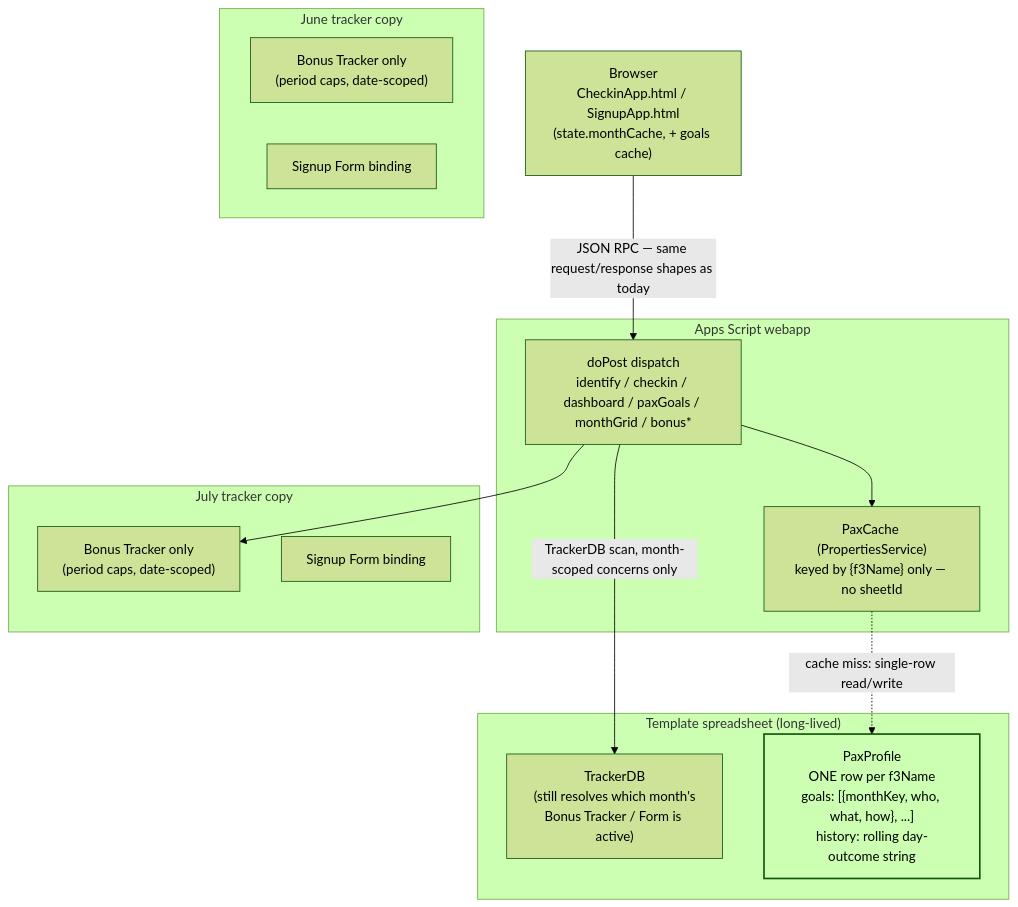
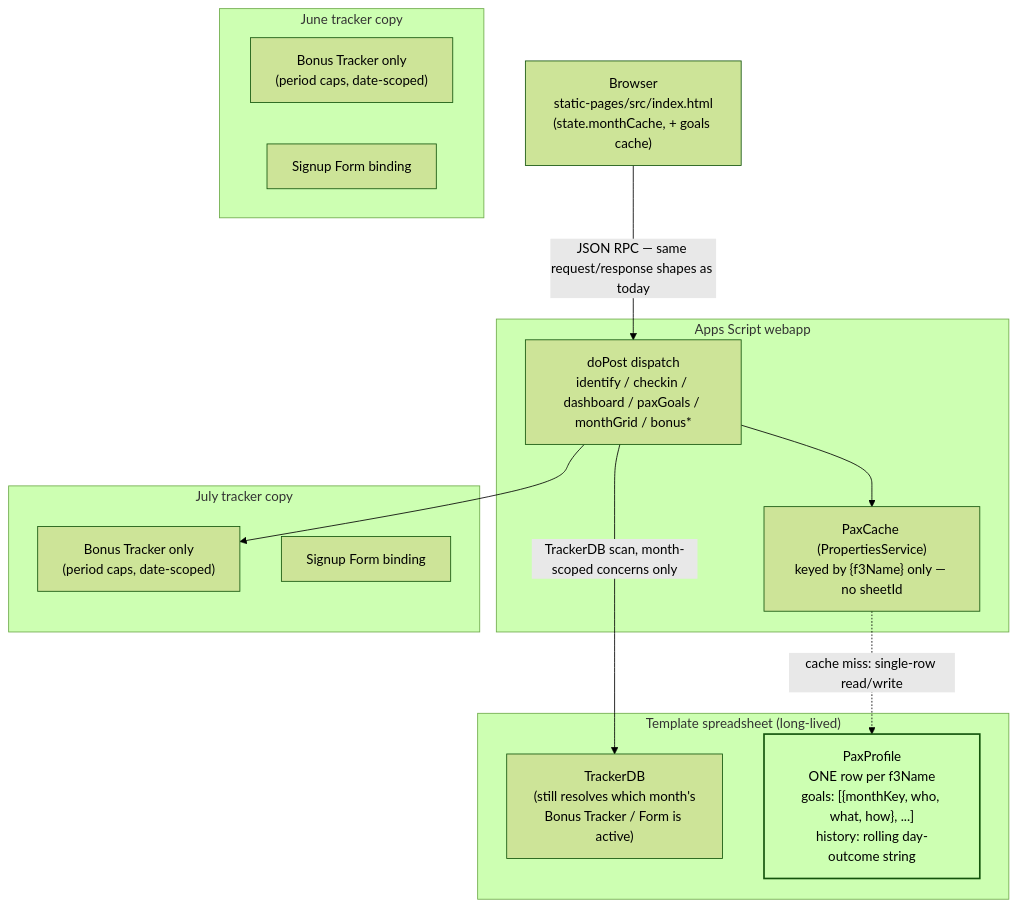
One commit to stuartdonaldson/F3Go30 changed the second of 2 diagrams in docs/pax-data-model-and-contract.md. Above: the diagram before and after it, drawn with Mermaid (forest theme). The commit also changed other lines of this file and 56 other files, not shown here.

First line of the commit message:
Remove GAS-rendered signup/check-in pages outright (DR-04) (#6)

````diff
--- a/docs/pax-data-model-and-contract.md
+++ b/docs/pax-data-model-and-contract.md
@@ -426,32 +426,32 @@
 ```mermaid
 flowchart TB
-    Browser["Browser<br/>CheckinApp.html / SignupApp.html<br/>(state.monthCache, + goals cache)"]
+    Browser["Browser<br/>static-pages/src/index.html<br/>(state.monthCache, + goals cache)"]
 
     subgraph GAS["Apps Script webapp"]
         Dispatch["doPost dispatch<br/>identify / checkin / dashboard / paxGoals / monthGrid / bonus*"]
         PaxCache2["PaxCache (PropertiesService)<br/>keyed by {f3Name} only — no sheetId"]
     end
 
     subgraph Template["Template spreadsheet (long-lived)"]
         TrackerDB2["TrackerDB<br/>(still resolves which month's<br/>Bonus Tracker / Form is active)"]
         PaxProfile["PaxProfile<br/>ONE row per f3Name<br/>goals: [{monthKey, who, what, how}, ...]<br/>history: rolling day-outcome string"]
     end
 
     subgraph MonthJune2["June tracker copy"]
         BJune2["Bonus Tracker only<br/>(period caps, date-scoped)"]
         FJune2["Signup Form binding"]
     end
 
     subgraph MonthJuly2["July tracker copy"]
         BJuly2["Bonus Tracker only<br/>(period caps, date-scoped)"]
         FJuly2["Signup Form binding"]
     end
 
     Browser -->|"JSON RPC — same request/response shapes as today"| Dispatch
     Dispatch --> PaxCache2
     PaxCache2 -.->|"cache miss: single-row read/write"| PaxProfile
     Dispatch -->|"TrackerDB scan, month-scoped concerns only"| TrackerDB2
     Dispatch --> BJuly2
 
     style PaxProfile fill:#00000000,stroke-width:2px
 ```
````
